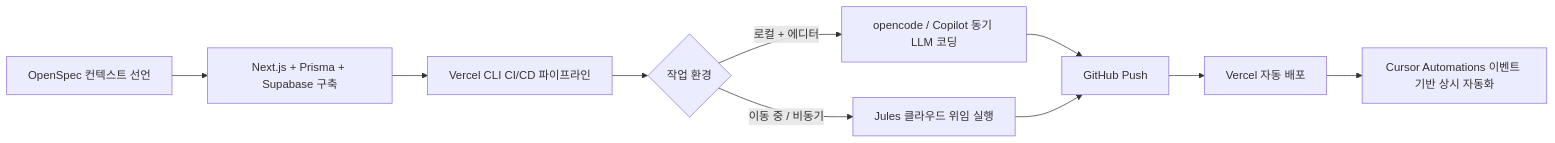
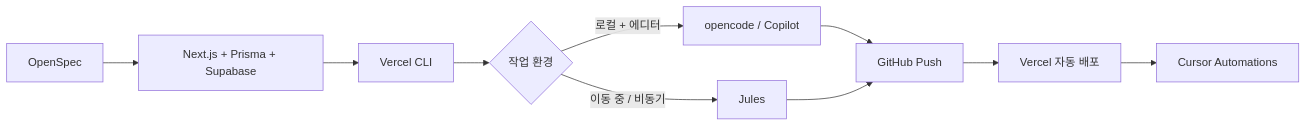
The first of 3 diagrams in index.md (Mike-kor/my-agent-docs), drawn with Mermaid before and after one commit. The commit also changed other lines of this file, not shown here.

Commit message:
docs: index.md HTML 지식공유 문서로 전면 리디자인 (아이콘 제거, 미니멀 스타일, mermaid zoom/expand)

```diff
--- a/index.md
+++ b/index.md
@@ -35,12 +169,12 @@
-<pre class="mermaid">
+        <pre class="mermaid">
 flowchart LR
-    A[OpenSpec 컨텍스트 선언] --> B[Next.js + Prisma + Supabase 구축]
-    B --> C[Vercel CLI CI/CD 파이프라인]
+    A[OpenSpec] --> B[Next.js + Prisma + Supabase]
+    B --> C[Vercel CLI]
     C --> D{작업 환경}
-    D -->|로컬 + 에디터| E[opencode / Copilot 동기 LLM 코딩]
-    D -->|이동 중 / 비동기| F[Jules 클라우드 위임 실행]
+    D -->|로컬 + 에디터| E[opencode / Copilot]
+    D -->|이동 중 / 비동기| F[Jules]
     E --> G[GitHub Push]
     F --> G
     G --> H[Vercel 자동 배포]
-    H --> I[Cursor Automations 이벤트 기반 상시 자동화]
-</pre>
+    H --> I[Cursor Automations]
+        </pre>
```
